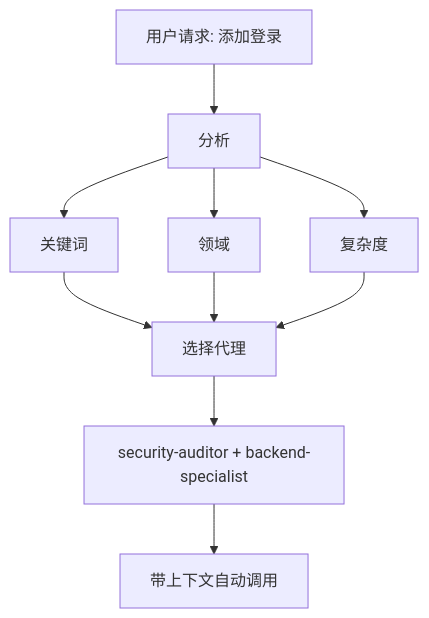
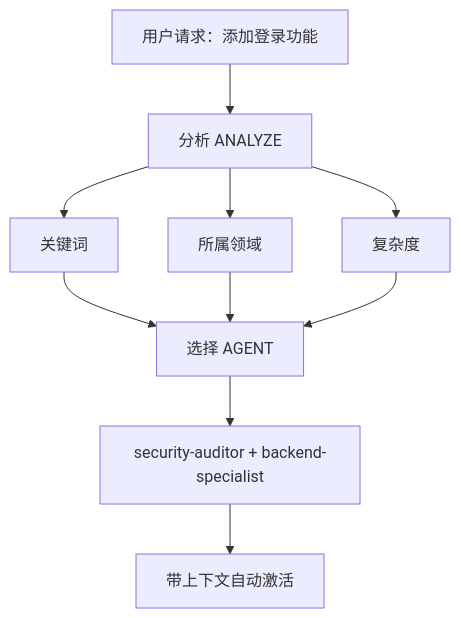
Before and after one commit to MisonL/antigravity-kit-cn: the diagram in .agent/skills/intelligent-routing/SKILL.md, drawn with Mermaid. The commit also changed other lines of this file, not shown here.

Commit message:
docs: 对齐上游机制并语义汉化 .agent/skills/intelligent-routing/SKILL.md

````diff
--- a/.agent/skills/intelligent-routing/SKILL.md
+++ b/.agent/skills/intelligent-routing/SKILL.md
@@ -22,12 +23,12 @@
 ```mermaid
 graph TD
-    A["用户请求: 添加登录"] --> B[分析]
+    A["用户请求：添加登录功能"] --> B[分析 ANALYZE]
     B --> C[关键词]
-    B --> D[领域]
+    B --> D[所属领域]
     B --> E[复杂度]
-    C --> F[选择代理]
+    C --> F[选择 AGENT]
     D --> F
     E --> F
     F --> G["security-auditor + backend-specialist"]
-    G --> H[带上下文自动调用]
+    G --> H[带上下文自动激活]
 ```
````
